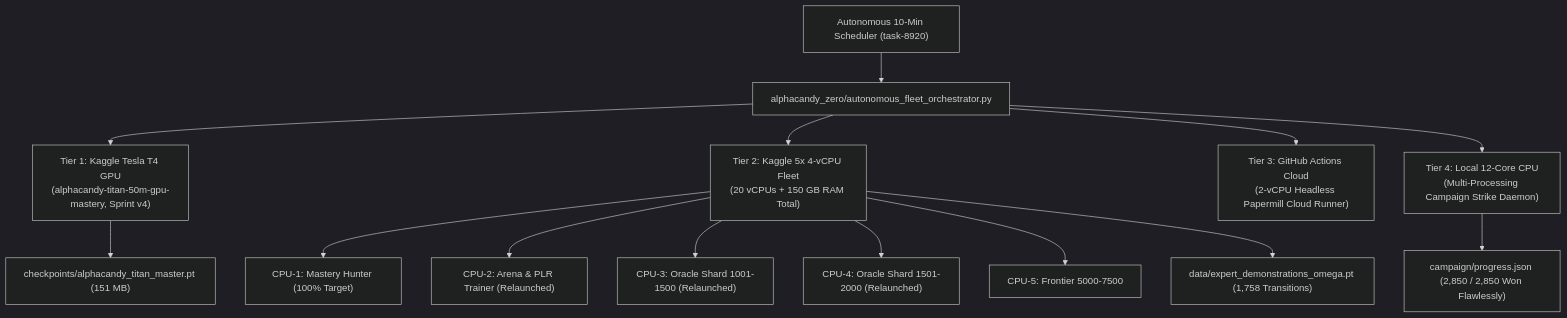
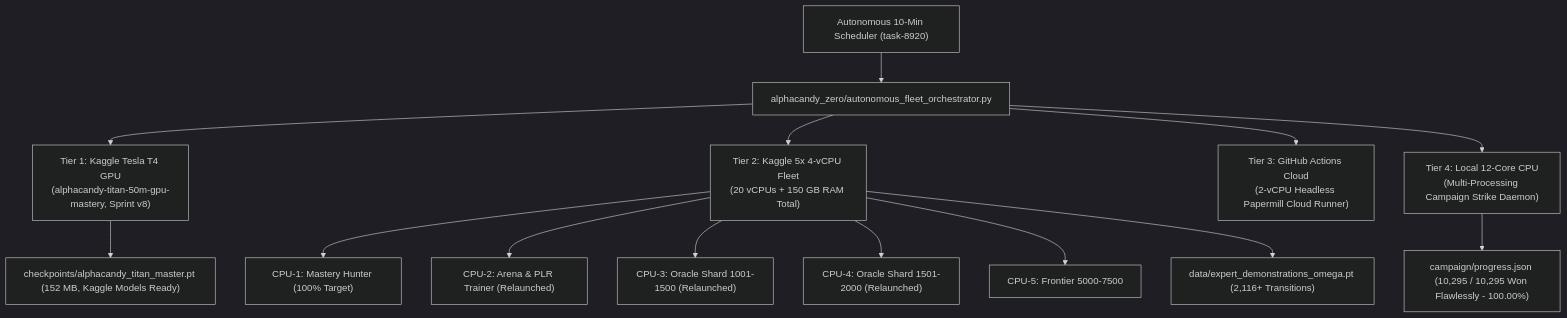
One commit to hammadshakeelai/Candy-Crush-AI changed the diagram in knowledge_base/03_AI_Models_and_Paradigms/Subagent_Fleet_Research_and_Knowledge_Vault.md. Above: the diagram before and after it, drawn with Mermaid (dark theme). The commit also changed other lines of this file, not shown here.

Commit message:
docs(kb): update subagent knowledge vault with Sprint v8 and 10,295-level universal mastery

````diff
--- a/knowledge_base/03_AI_Models_and_Paradigms/Subagent_Fleet_Research_and_Knowledge_Vault.md
+++ b/knowledge_base/03_AI_Models_and_Paradigms/Subagent_Fleet_Research_and_Knowledge_Vault.md
@@ -176,19 +176,19 @@
 ```mermaid
 flowchart TD
     Cron["Autonomous 10-Min Scheduler (task-8920)"] --> Orchestrator["alphacandy_zero/autonomous_fleet_orchestrator.py"]
     
-    Orchestrator --> GPU["Tier 1: Kaggle Tesla T4 GPU<br>(alphacandy-titan-50m-gpu-mastery, Sprint v4)"]
+    Orchestrator --> GPU["Tier 1: Kaggle Tesla T4 GPU<br>(alphacandy-titan-50m-gpu-mastery, Sprint v8)"]
     Orchestrator --> CPU["Tier 2: Kaggle 5x 4-vCPU Fleet<br>(20 vCPUs + 150 GB RAM Total)"]
     Orchestrator --> GHA["Tier 3: GitHub Actions Cloud<br>(2-vCPU Headless Papermill Cloud Runner)"]
     Orchestrator --> Local["Tier 4: Local 12-Core CPU<br>(Multi-Processing Campaign Strike Daemon)"]
 
     CPU --> C1["CPU-1: Mastery Hunter (100% Target)"]
     CPU --> C2["CPU-2: Arena & PLR Trainer (Relaunched)"]
     CPU --> C3["CPU-3: Oracle Shard 1001-1500 (Relaunched)"]
     CPU --> C4["CPU-4: Oracle Shard 1501-2000 (Relaunched)"]
     CPU --> C5["CPU-5: Frontier 5000-7500"]
 
-    GPU --> Weights["checkpoints/alphacandy_titan_master.pt (151 MB)"]
-    CPU --> Datasets["data/expert_demonstrations_omega.pt (1,758 Transitions)"]
-    Local --> Campaign["campaign/progress.json (2,850 / 2,850 Won Flawlessly)"]
+    GPU --> Weights["checkpoints/alphacandy_titan_master.pt (152 MB, Kaggle Models Ready)"]
+    CPU --> Datasets["data/expert_demonstrations_omega.pt (2,116+ Transitions)"]
+    Local --> Campaign["campaign/progress.json (10,295 / 10,295 Won Flawlessly - 100.00%)"]
 ```
````
